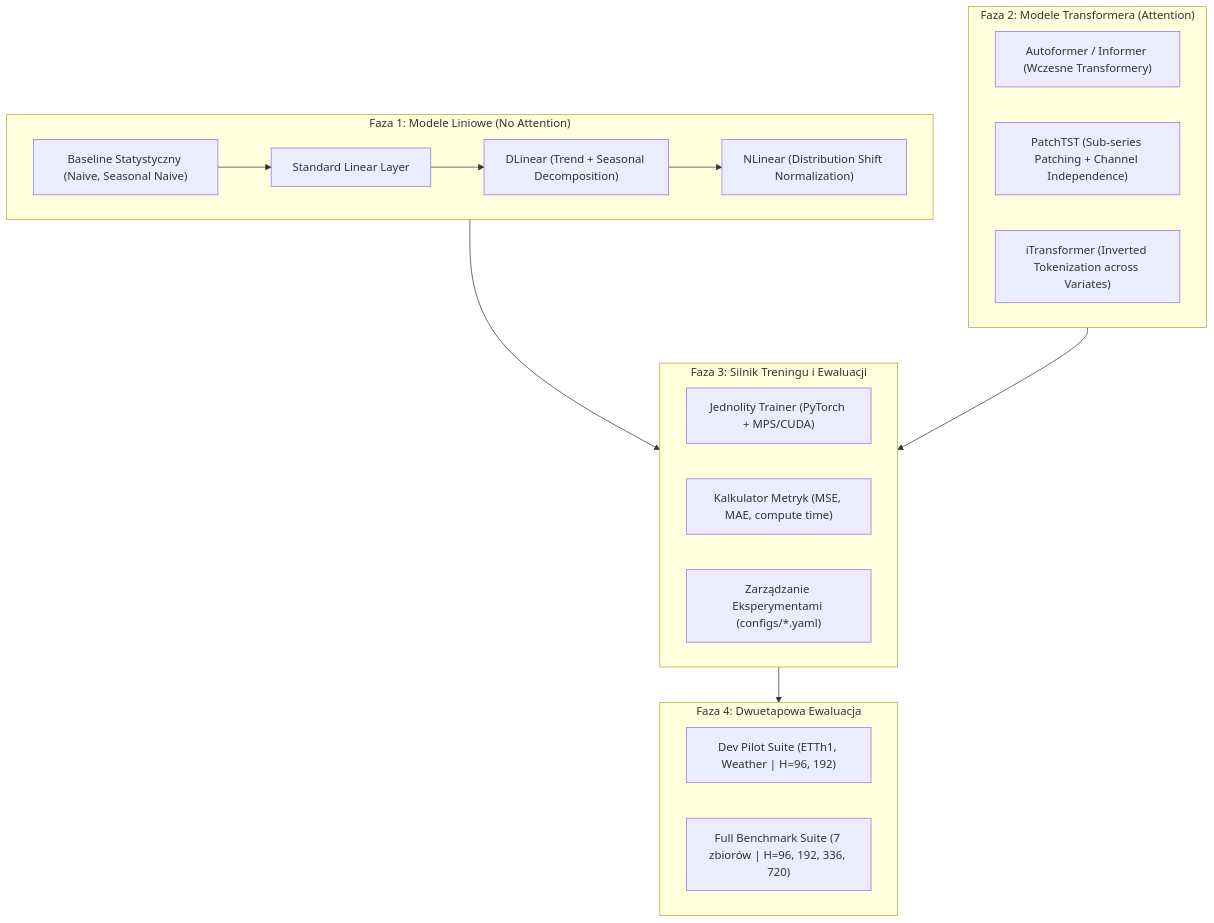
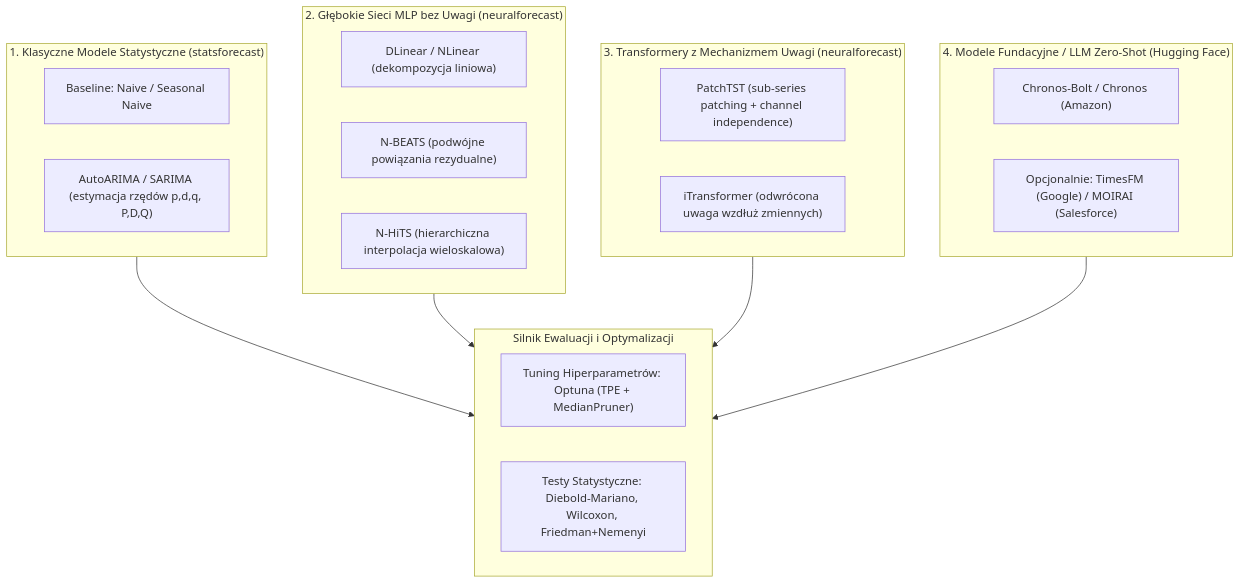
Before and after one commit to ReptilianEye/ts-forecasting-benchmark: the diagram in docs/PROJECT_PLAN.md, drawn with Mermaid. The commit also changed other lines of this file and 12 other files, not shown here.

First line of the commit message:
feat: add universal long-format loader, pilot benchmark script, and updated roadmap

````diff
--- a/docs/PROJECT_PLAN.md
+++ b/docs/PROJECT_PLAN.md
@@ -33,29 +26,33 @@
 ```mermaid
 flowchart TD
-    subgraph P1["Faza 1: Modele Liniowe (No Attention)"]
-        L1["Baseline Statystyczny (Naive, Seasonal Naive)"] --> L2["Standard Linear Layer"]
-        L2 --> L3["DLinear (Trend + Seasonal Decomposition)"]
-        L3 --> L4["NLinear (Distribution Shift Normalization)"]
+    subgraph G1["1. Klasyczne Modele Statystyczne (statsforecast)"]
+        S1["Baseline: Naive / Seasonal Naive"]
+        S2["AutoARIMA / SARIMA (estymacja rzędów p,d,q, P,D,Q)"]
     end
 
-    subgraph P2["Faza 2: Modele Transformera (Attention)"]
-        T1["Autoformer / Informer (Wczesne Transformery)"]
-        T2["PatchTST (Sub-series Patching + Channel Independence)"]
-        T3["iTransformer (Inverted Tokenization across Variates)"]
+    subgraph G2["2. Głębokie Sieci MLP bez Uwagi (neuralforecast)"]
+        M1["DLinear / NLinear (dekompozycja liniowa)"]
+        M2["N-BEATS (podwójne powiązania rezydualne)"]
+        M3["N-HiTS (hierarchiczna interpolacja wieloskalowa)"]
     end
 
-    subgraph P3["Faza 3: Silnik Treningu i Ewaluacji"]
-        E1["Jednolity Trainer (PyTorch + MPS/CUDA)"]
-        E2["Kalkulator Metryk (MSE, MAE, compute time)"]
-        E3["Zarządzanie Eksperymentami (configs/*.yaml)"]
+    subgraph G3["3. Transformery z Mechanizmem Uwagi (neuralforecast)"]
+        T1["PatchTST (sub-series patching + channel independence)"]
+        T2["iTransformer (odwrócona uwaga wzdłuż zmiennych)"]
     end
 
-    subgraph P4["Faza 4: Dwuetapowa Ewaluacja"]
-        D1["Dev Pilot Suite (ETTh1, Weather | H=96, 192)"]
-        D2["Full Benchmark Suite (7 zbiorów | H=96, 192, 336, 720)"]
+    subgraph G4["4. Modele Fundacyjne / LLM Zero-Shot (Hugging Face)"]
+        F1["Chronos-Bolt / Chronos (Amazon)"]
+        F2["Opcjonalnie: TimesFM (Google) / MOIRAI (Salesforce)"]
     end
 
-    P1 --> P3
-    P2 --> P3
-    P3 --> P4
+    subgraph Bench["Silnik Ewaluacji i Optymalizacji"]
+        OPT["Tuning Hiperparametrów: Optuna (TPE + MedianPruner)"]
+        TEST["Testy Statystyczne: Diebold-Mariano, Wilcoxon, Friedman+Nemenyi"]
+    end
+
+    G1 --> Bench
+    G2 --> Bench
+    G3 --> Bench
+    G4 --> Bench
 ```
````
